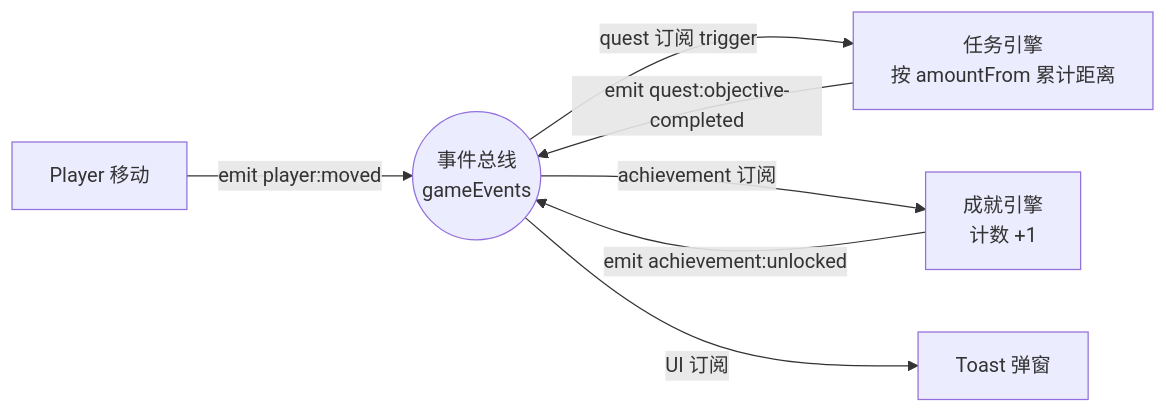
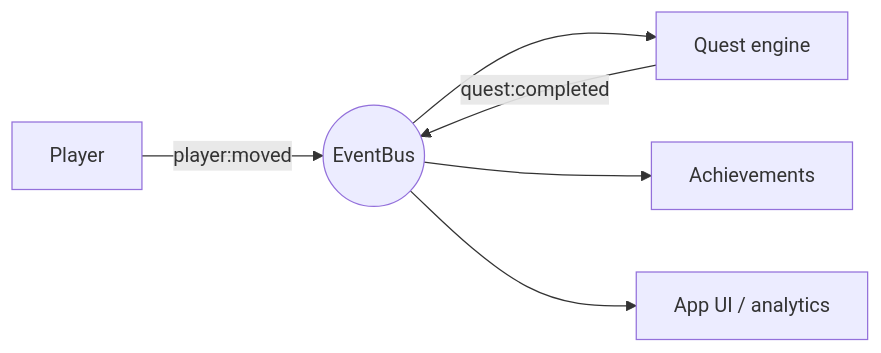
One commit to luzhenqian/overworld changed the second of 3 diagrams in apps/docs/content/docs/architecture.mdx. Above: the diagram before and after it, drawn with Mermaid. The commit also changed other lines of this file and 34 other files, not shown here.

````diff
--- a/apps/docs/content/docs/architecture.mdx
+++ b/apps/docs/content/docs/architecture.mdx
@@ -44,9 +80,8 @@
 ```mermaid
 flowchart LR
-  P["Player 移动"] -->|"emit player:moved"| Bus((事件总线<br/>gameEvents))
-  Bus -->|"quest 订阅 trigger"| Q["任务引擎<br/>按 amountFrom 累计距离"]
-  Q -->|"emit quest:objective-completed"| Bus
-  Bus -->|"achievement 订阅"| A["成就引擎<br/>计数 +1"]
-  A -->|"emit achievement:unlocked"| Bus
-  Bus -->|"UI 订阅"| T["Toast 弹窗"]
+  Player["Player"] -->|"player:moved"| Bus(("EventBus"))
+  Bus --> Quest["Quest engine"]
+  Quest -->|"quest:completed"| Bus
+  Bus --> Achievement["Achievements"]
+  Bus --> UI["App UI / analytics"]
 ```
````
